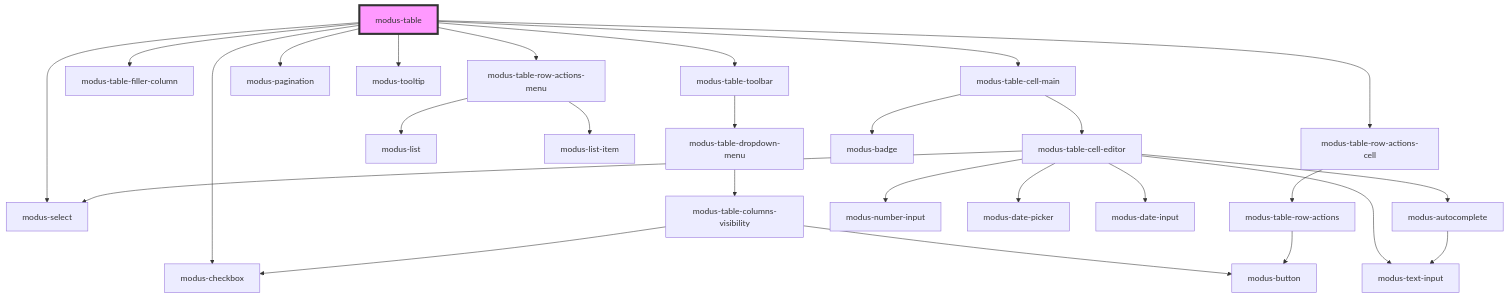
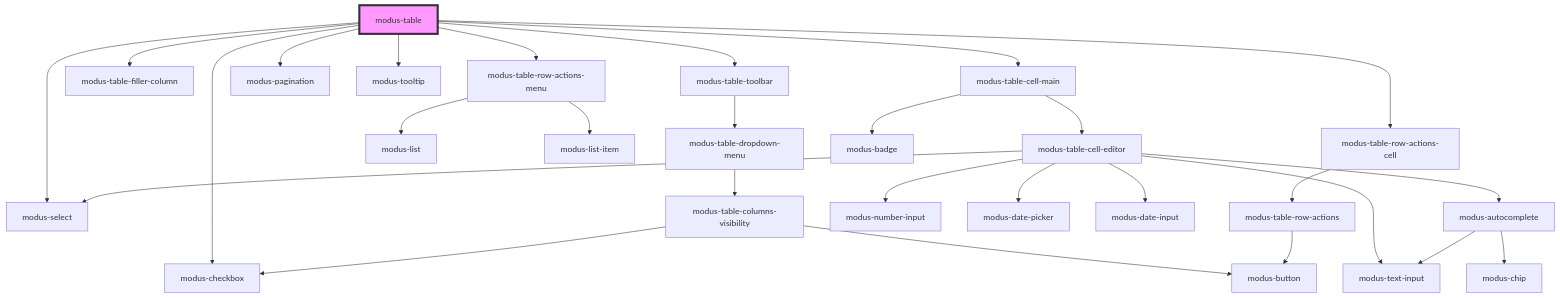
Before and after one commit to trimble-oss/modus-web-components: the diagram in stencil-workspace/src/components/modus-table/readme.md, drawn with Mermaid. The commit also changed 14 other files, not shown here.

Commit message:
Autocomplete: Add chip support (#1927)

````diff
--- a/stencil-workspace/src/components/modus-table/readme.md
+++ b/stencil-workspace/src/components/modus-table/readme.md
@@ -103,30 +103,31 @@
 ```mermaid
 graph TD;
   modus-table --> modus-table-toolbar
   modus-table --> modus-table-filler-column
   modus-table --> modus-table-row-actions-menu
   modus-table --> modus-select
   modus-table --> modus-pagination
   modus-table --> modus-tooltip
   modus-table --> modus-checkbox
   modus-table --> modus-table-row-actions-cell
   modus-table --> modus-table-cell-main
   modus-table-toolbar --> modus-table-dropdown-menu
   modus-table-dropdown-menu --> modus-table-columns-visibility
   modus-table-columns-visibility --> modus-checkbox
   modus-table-columns-visibility --> modus-button
   modus-table-row-actions-menu --> modus-list
   modus-table-row-actions-menu --> modus-list-item
   modus-table-row-actions-cell --> modus-table-row-actions
   modus-table-row-actions --> modus-button
   modus-table-cell-main --> modus-table-cell-editor
   modus-table-cell-main --> modus-badge
   modus-table-cell-editor --> modus-number-input
   modus-table-cell-editor --> modus-text-input
   modus-table-cell-editor --> modus-select
   modus-table-cell-editor --> modus-date-picker
   modus-table-cell-editor --> modus-date-input
   modus-table-cell-editor --> modus-autocomplete
   modus-autocomplete --> modus-text-input
+  modus-autocomplete --> modus-chip
   style modus-table fill:#f9f,stroke:#333,stroke-width:4px
 ```
````
